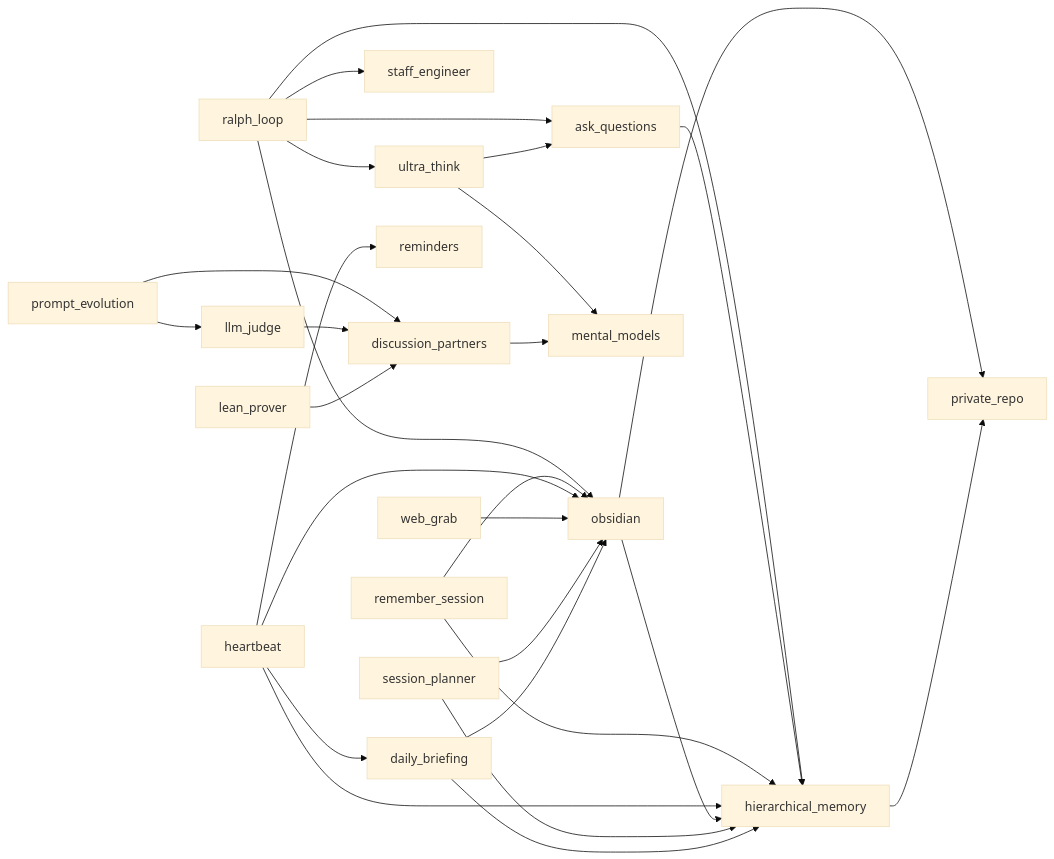
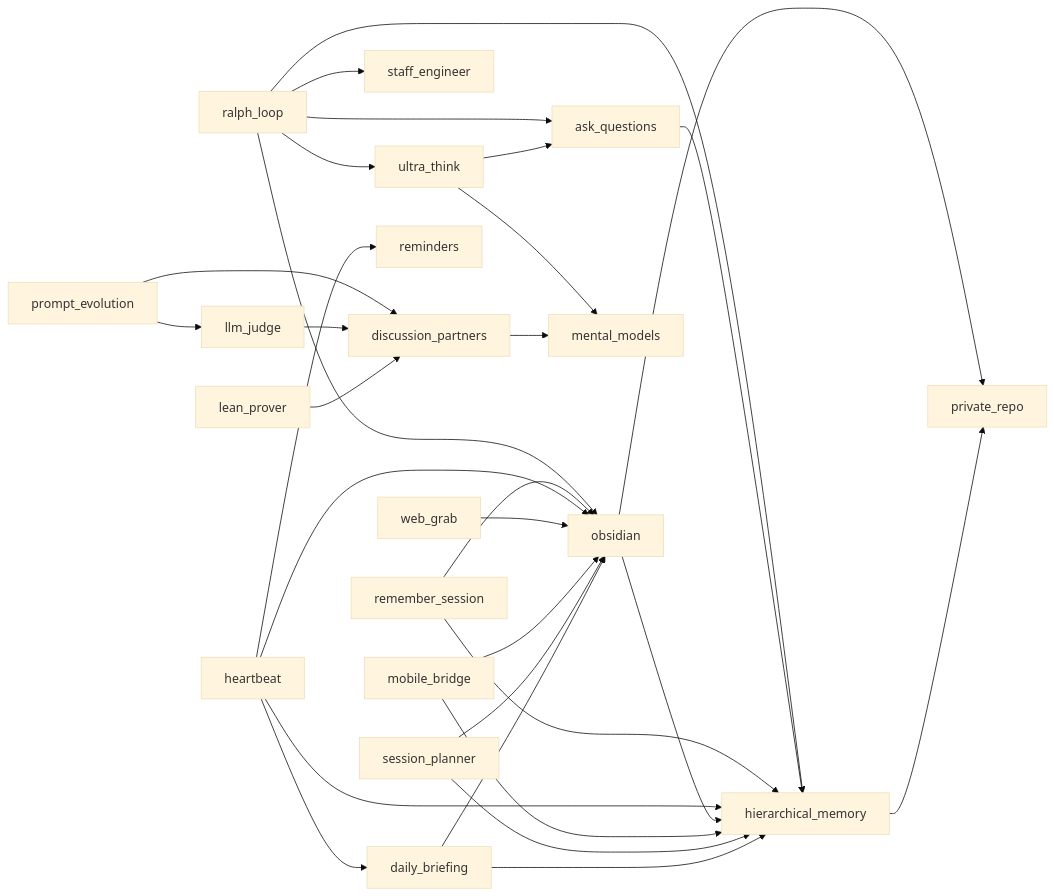
One commit to zachmayer/skills changed the diagram in README.md. Above: the diagram before and after it, drawn with Mermaid (base theme). The commit also changed other lines of this file and 3 other files, not shown here.

First line of the commit message:
Add mobile bridge skill for phone-to-Claude capture via ntfy

````diff
--- a/README.md
+++ b/README.md
@@ -95,30 +96,32 @@
 ```mermaid
 graph LR
     ralph_loop --> ultra_think
     ralph_loop --> staff_engineer
     ralph_loop --> ask_questions
     ralph_loop --> hierarchical_memory
     ralph_loop --> obsidian
     ultra_think --> mental_models
     ultra_think --> ask_questions
     ask_questions --> hierarchical_memory
     prompt_evolution --> discussion_partners
     prompt_evolution --> llm_judge
     llm_judge --> discussion_partners
     discussion_partners --> mental_models
     remember_session --> hierarchical_memory
     remember_session --> obsidian
     heartbeat --> hierarchical_memory
     heartbeat --> obsidian
     heartbeat --> reminders
     heartbeat --> daily_briefing
     obsidian --> hierarchical_memory
     obsidian --> private_repo
     hierarchical_memory --> private_repo
     web_grab --> obsidian
+    mobile_bridge --> hierarchical_memory
+    mobile_bridge --> obsidian
     lean_prover --> discussion_partners
     session_planner --> hierarchical_memory
     session_planner --> obsidian
     daily_briefing --> hierarchical_memory
     daily_briefing --> obsidian
 ```
````
